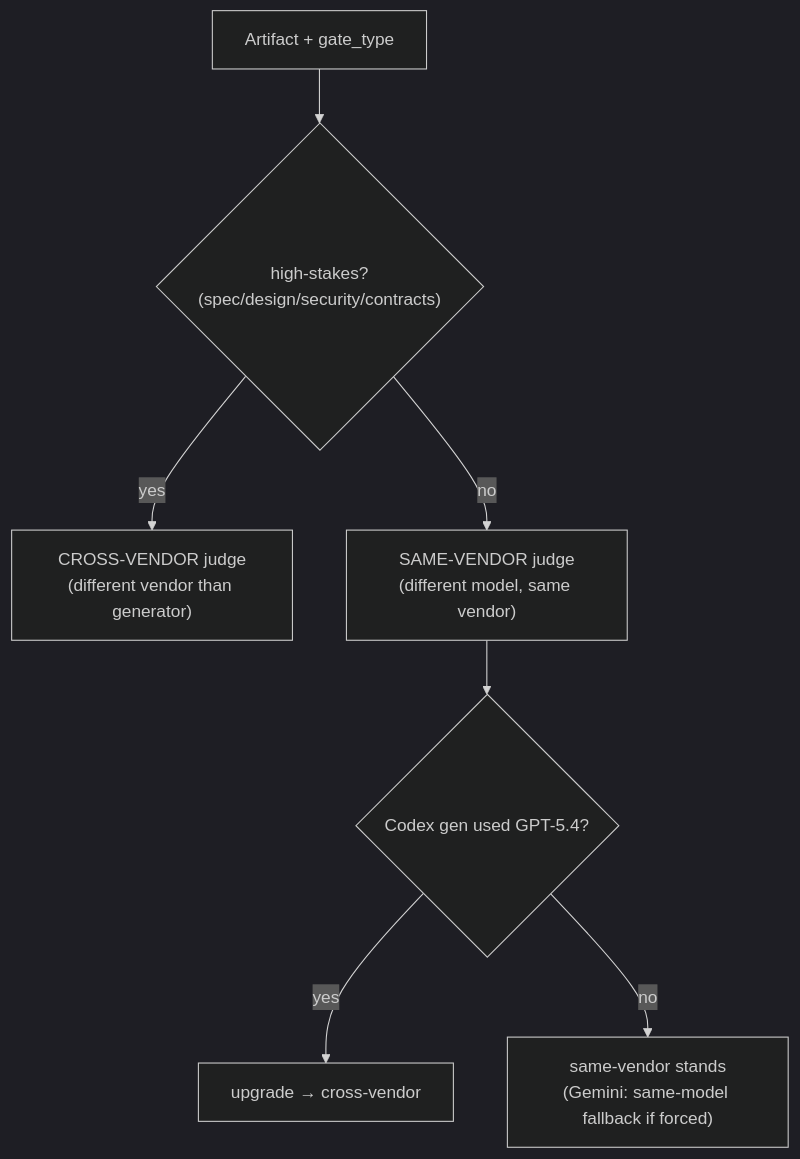
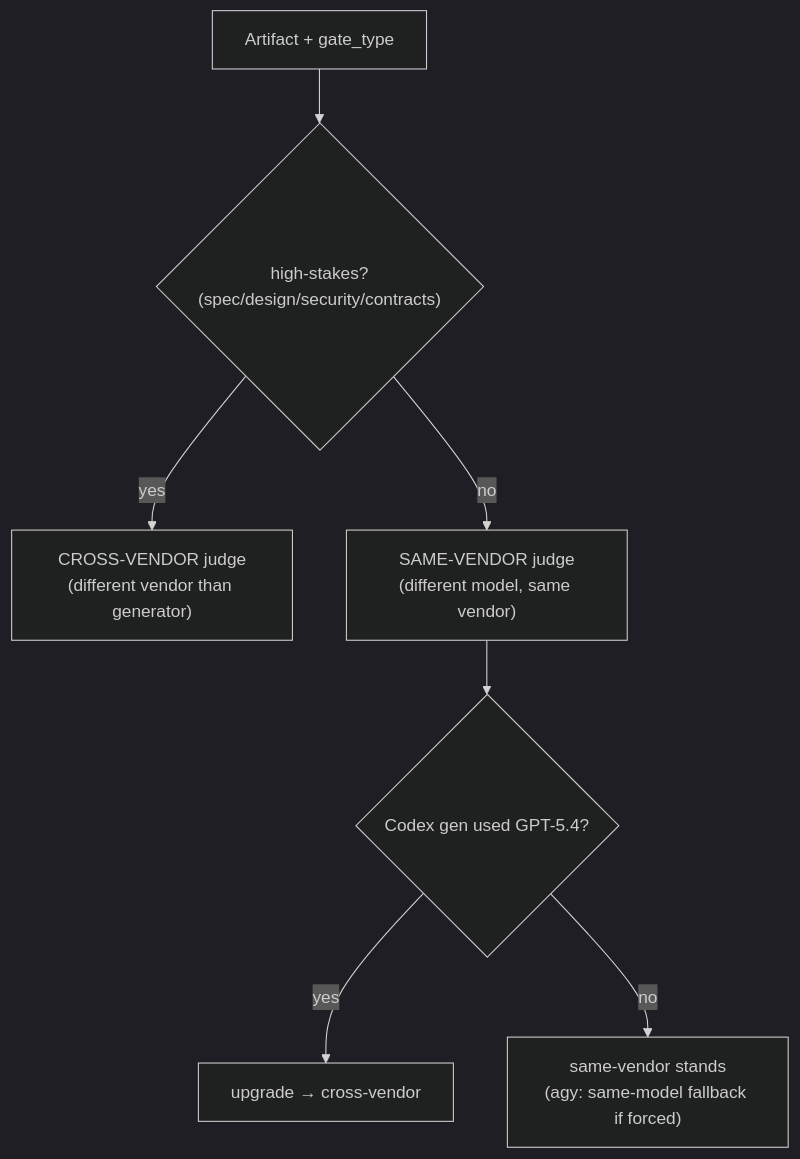
One commit to lebobo88/pair-programmer changed the sixth of 7 diagrams in ARCHITECTURE.md. Above: the diagram before and after it, drawn with Mermaid. The commit also changed other lines of this file and 120 other files, not shown here.

````diff
--- a/ARCHITECTURE.md
+++ b/ARCHITECTURE.md
@@ -352,10 +352,10 @@
 ```mermaid
 %%{init: {'theme':'dark'}}%%
 flowchart TB
     A["Artifact + gate_type"] --> R{"high-stakes?<br/>(spec/design/security/contracts)"}
     R -- "yes" --> CV["CROSS-VENDOR judge<br/>(different vendor than generator)"]
     R -- "no" --> SV["SAME-VENDOR judge<br/>(different model, same vendor)"]
     SV --> U{"Codex gen used GPT-5.4?"}
     U -- "yes" --> CV2["upgrade → cross-vendor"]
-    U -- "no" --> SV2["same-vendor stands<br/>(Gemini: same-model fallback if forced)"]
+    U -- "no" --> SV2["same-vendor stands<br/>(agy: same-model fallback if forced)"]
 ```
````
